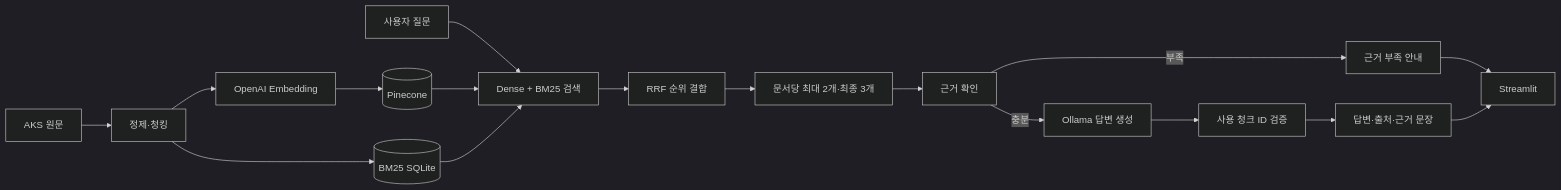
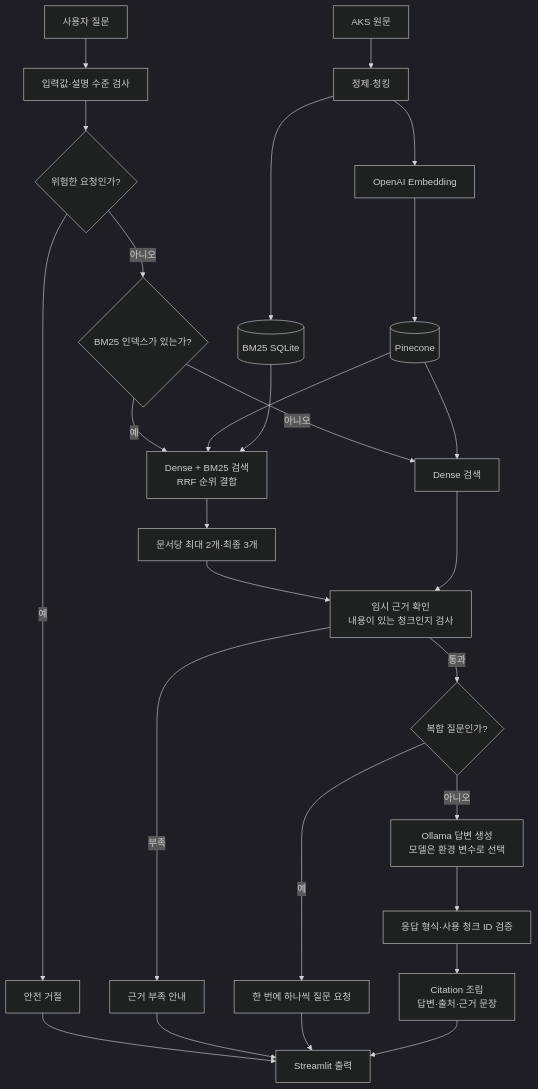
The diagram in README.md (SpicyAutumn/SKN33-3rd-1Team), drawn with Mermaid (dark theme) before and after one commit. The commit also changed other lines of this file, not shown here.

````diff
--- a/README.md
+++ b/README.md
@@ -54,20 +83,30 @@
 ```mermaid
-flowchart LR
+flowchart TD
     A[AKS 원문] --> B[정제·청킹]
     B --> C[OpenAI Embedding]
     C --> D[(Pinecone)]
     B --> E[(BM25 SQLite)]
 
-    Q[사용자 질문] --> F[Dense + BM25 검색]
-    D --> F
-    E --> F
-    F --> G[RRF 순위 결합]
-    G --> H[문서당 최대 2개·최종 3개]
-    H --> I[근거 확인]
-    I -->|충분| J[Ollama 답변 생성]
+    Q[사용자 질문] --> V[입력값·설명 수준 검사]
+    V --> S{위험한 요청인가?}
+    S -->|예| SR[안전 거절]
+    S -->|아니오| F{BM25 인덱스가 있는가?}
+    F -->|예| H[Dense + BM25 검색<br/>RRF 순위 결합]
+    F -->|아니오| DE[Dense 검색]
+    D --> H
+    E --> H
+    D --> DE
+    H --> HC[문서당 최대 2개·최종 3개]
+    HC --> I[임시 근거 확인<br/>내용이 있는 청크인지 검사]
+    DE --> I
     I -->|부족| K[근거 부족 안내]
-    J --> L[사용 청크 ID 검증]
-    L --> M[답변·출처·근거 문장]
-    K --> N[Streamlit]
+    I -->|통과| CQ{복합 질문인가?}
+    CQ -->|예| CL[한 번에 하나씩 질문 요청]
+    CQ -->|아니오| J[Ollama 답변 생성<br/>모델은 환경 변수로 선택]
+    J --> L[응답 형식·사용 청크 ID 검증]
+    L --> M[Citation 조립<br/>답변·출처·근거 문장]
+    SR --> N[Streamlit 출력]
+    K --> N
+    CL --> N
     M --> N
 ```
````
